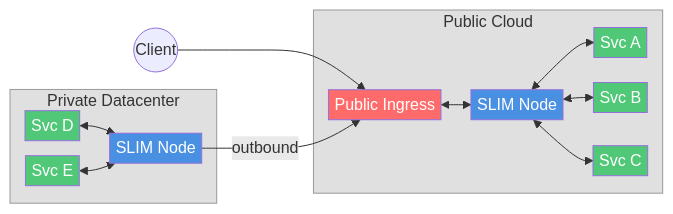
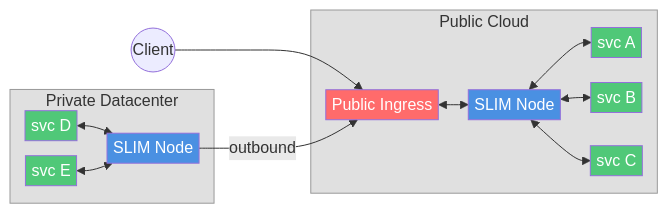
The second of 7 diagrams in presentations/slim-multicluster-demo/slim-multicluster-demo.md (agntcy/blogs), drawn with Mermaid before and after one commit. The commit also changed other lines of this file, not shown here.

Commit message:
fix: make svc lowercase

````diff
--- a/presentations/slim-multicluster-demo/slim-multicluster-demo.md
+++ b/presentations/slim-multicluster-demo/slim-multicluster-demo.md
@@ -62,26 +62,26 @@
 ```mermaid
 %%{init: {'flowchart': {'nodeSpacing': 15, 'rankSpacing': 30, 'padding': 3}}}%%
 graph LR
     subgraph PRV["Private Datacenter"]
-        S4[Svc D] <--> SN2[SLIM Node]
-        S5[Svc E] <--> SN2
+        S4[svc D] <--> SN2[SLIM Node]
+        S5[svc E] <--> SN2
     end
     subgraph PUB["Public Cloud"]
         IG[Public Ingress] <--> SN1[SLIM Node]
-        SN1 <--> S1[Svc A]
-        SN1 <--> S2[Svc B]
-        SN1 <--> S3[Svc C]
+        SN1 <--> S1[svc A]
+        SN1 <--> S2[svc B]
+        SN1 <--> S3[svc C]
     end
     C((Client)) --> IG
     SN2 -- "outbound" --> IG
     style IG fill:#FF6B6B,color:#fff
     style SN1 fill:#4A90E2,color:#fff
     style SN2 fill:#4A90E2,color:#fff
     style S1 fill:#50C878,color:#fff
     style S2 fill:#50C878,color:#fff
     style S3 fill:#50C878,color:#fff
     style S4 fill:#50C878,color:#fff
     style S5 fill:#50C878,color:#fff
     style PUB fill:#e0e0e0,stroke:#999,color:#333
     style PRV fill:#e0e0e0,stroke:#999,color:#333
 ```
````
